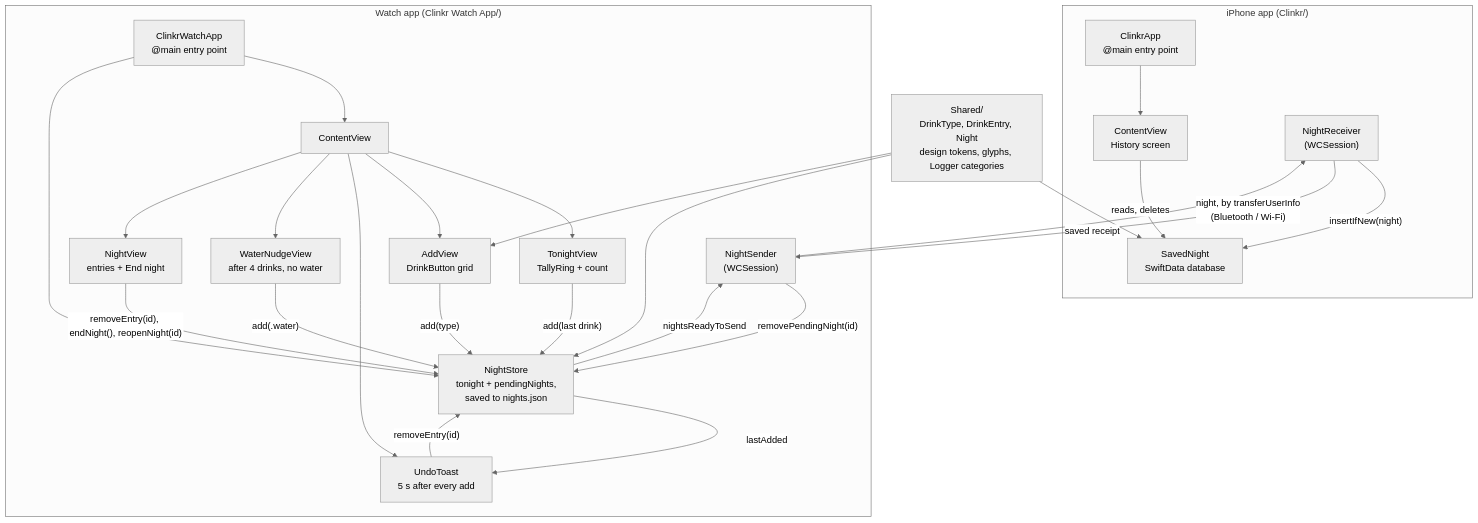
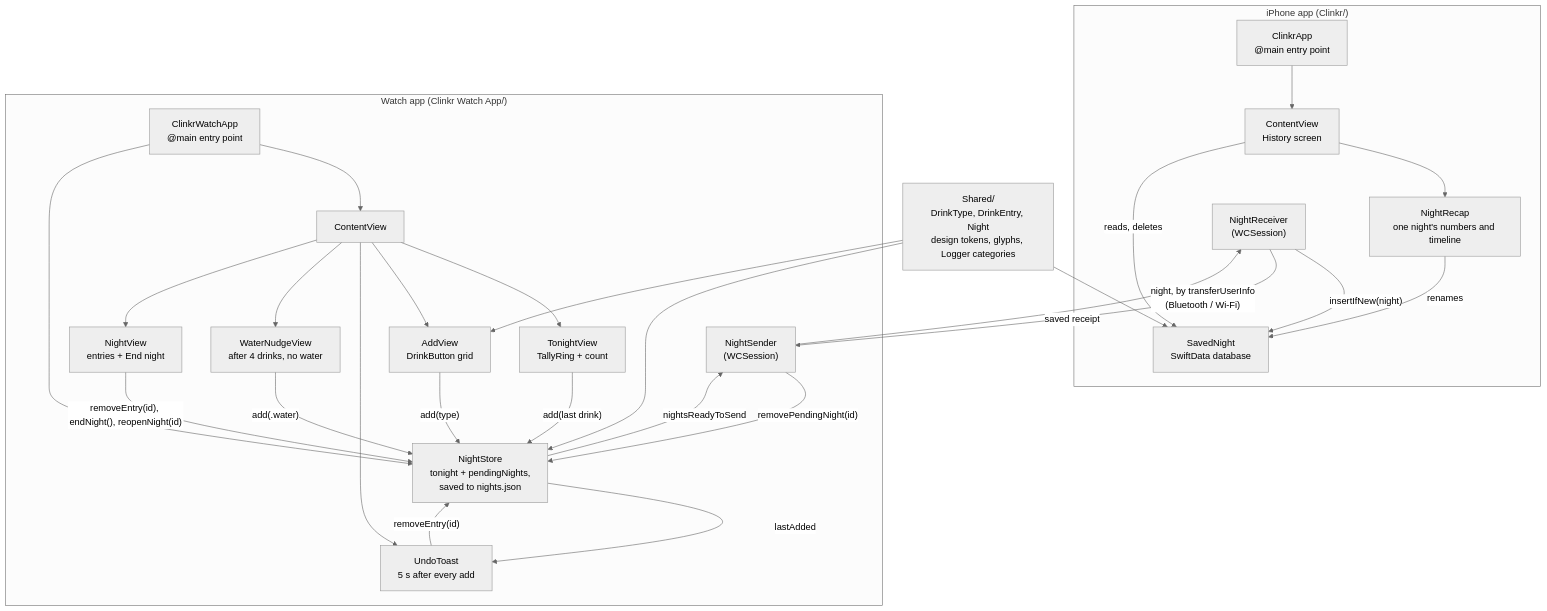
The second of 3 diagrams in docs/ARCHITECTURE.md (pablocolaiacovo/clinkr), drawn with Mermaid (neutral theme) before and after one commit. The commit also changed other lines of this file and 14 other files, not shown here.

First line of the commit message:
Add the iPhone Night recap screen (#101)

````diff
--- a/docs/ARCHITECTURE.md
+++ b/docs/ARCHITECTURE.md
@@ -34,38 +34,40 @@
 ```mermaid
 flowchart TB
     subgraph phone["iPhone app (Clinkr/)"]
         pApp["ClinkrApp<br/>@main entry point"] --> pView["ContentView<br/>History screen"]
+        pView --> pRecap["NightRecap<br/>one night's numbers and timeline"]
         pModel["SavedNight<br/>SwiftData database"]
         pSync["NightReceiver<br/>(WCSession)"]
         pView -- "reads, deletes" --> pModel
+        pRecap -- "renames" --> pModel
         pSync -- "insertIfNew(night)" --> pModel
     end
 
     subgraph watch["Watch app (Clinkr Watch App/)"]
         wApp["ClinkrWatchApp<br/>@main entry point"] --> wView["ContentView"]
         wView --> wTonight["TonightView<br/>TallyRing + count"]
         wView --> wAdd["AddView<br/>DrinkButton grid"]
         wView --> wToast["UndoToast<br/>5 s after every add"]
         wView --> wNudge["WaterNudgeView<br/>after 4 drinks, no water"]
         wView --> wNight["NightView<br/>entries + End night"]
         wModel["NightStore<br/>tonight + pendingNights,<br/>saved to nights.json"]
         wSync["NightSender<br/>(WCSession)"]
         wApp --> wModel
         wAdd -- "add(type)" --> wModel
         wTonight -- "add(last drink)" --> wModel
         wModel -- "lastAdded" --> wToast
         wToast -- "removeEntry(id)" --> wModel
         wNudge -- "add(.water)" --> wModel
         wNight -- "removeEntry(id), endNight(), reopenNight(id)" --> wModel
         wModel -- "nightsReadyToSend" --> wSync
         wSync -- "removePendingNight(id)" --> wModel
     end
 
     shared["Shared/<br/>DrinkType, DrinkEntry, Night<br/>design tokens, glyphs, Logger categories"]
     shared --> pModel
     shared --> wModel
     shared --> wAdd
 
     wSync -- "night, by transferUserInfo<br/>(Bluetooth / Wi-Fi)" --> pSync
     pSync -- "saved receipt" --> wSync
 ```
````
